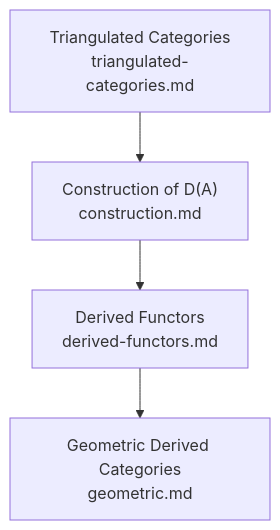
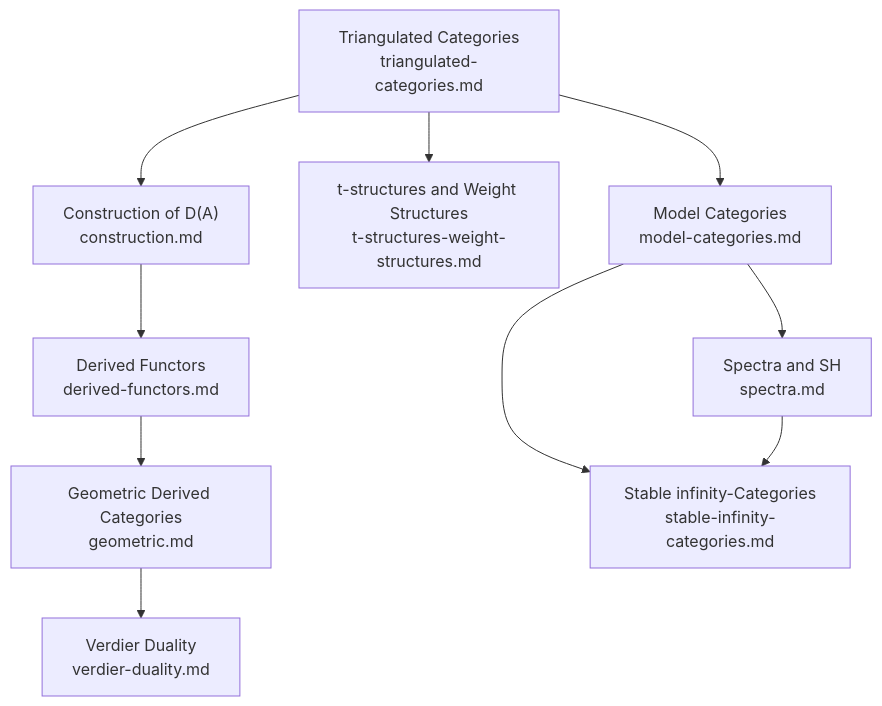
The diagram in concepts/category-theory/derived-categories/overview.md (calwoo/research-notes), drawn with Mermaid before and after one commit. The commit also changed other lines of this file, not shown here.

First line of the commit message:
docs: expand derived-categories overview with homotopy-theoretic notes and references

````diff
--- a/concepts/category-theory/derived-categories/overview.md
+++ b/concepts/category-theory/derived-categories/overview.md
@@ -50,11 +66,22 @@
 ```mermaid
 flowchart TD
     A["Triangulated Categories<br/>triangulated-categories.md"]
     B["Construction of D(A)<br/>construction.md"]
     C["Derived Functors<br/>derived-functors.md"]
     D["Geometric Derived Categories<br/>geometric.md"]
+    E["Verdier Duality<br/>verdier-duality.md"]
+    F["t-structures and Weight Structures<br/>t-structures-weight-structures.md"]
+    G["Model Categories<br/>model-categories.md"]
+    H["Spectra and SH<br/>spectra.md"]
+    I["Stable infinity-Categories<br/>stable-infinity-categories.md"]
 
     A --> B
     B --> C
     C --> D
+    D --> E
+    A --> F
+    A --> G
+    G --> H
+    G --> I
+    H --> I
 ```
````
